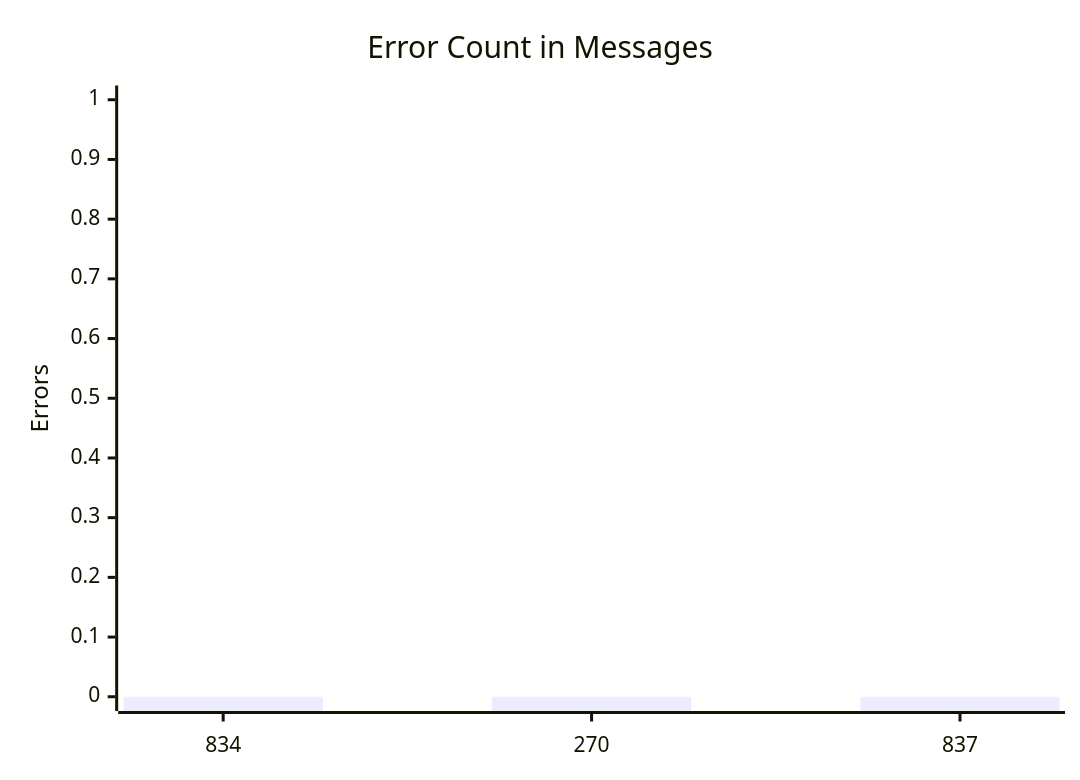
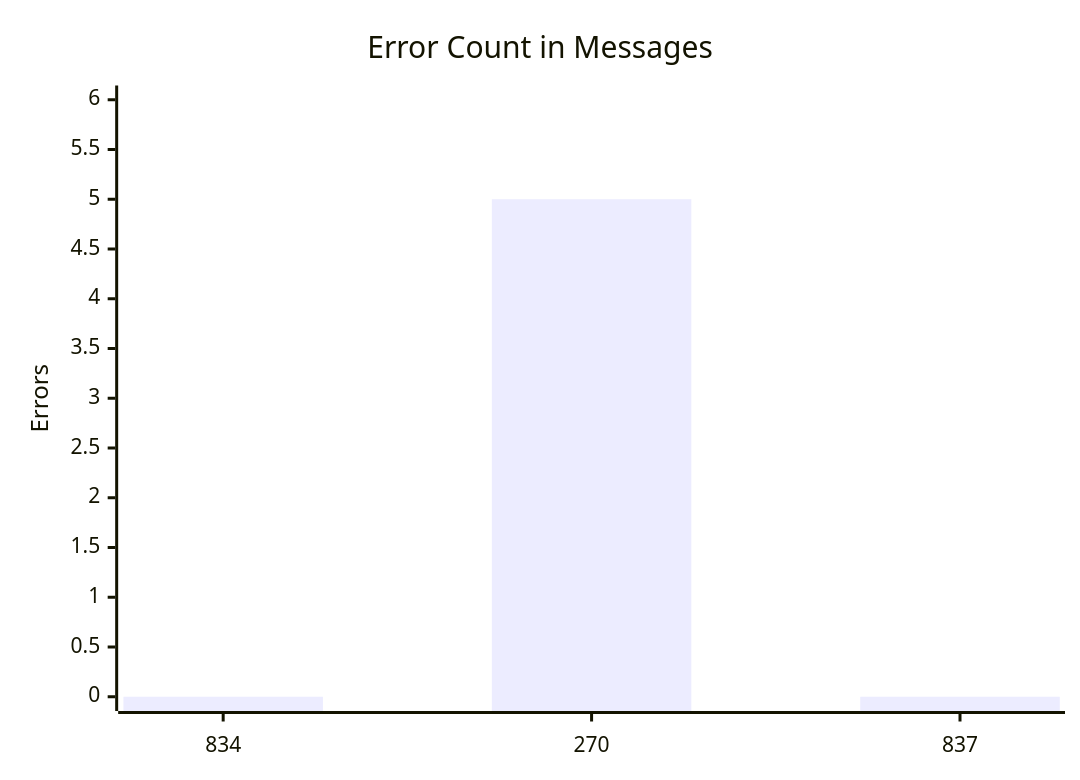
Before and after one commit to dhagan-va/intern-2025: the third of 10 diagrams in test-tools/DataGen/src/Statistics_Visualizer.md, drawn with Mermaid. The commit also changed other lines of this file and 2 other files, not shown here.

Commit message:
updated logging for errors

````diff
--- a/test-tools/DataGen/src/Statistics_Visualizer.md
+++ b/test-tools/DataGen/src/Statistics_Visualizer.md
@@ -38,7 +38,7 @@
 ```mermaid
 xychart-beta
     title "Error Count in Messages"
     x-axis ["834", "270", "837"]
-    y-axis "Errors" 0 --> 1
-    bar [0, 0, 0]
+    y-axis "Errors" 0 --> 6
+    bar [0, 5, 0]
 ```
````
